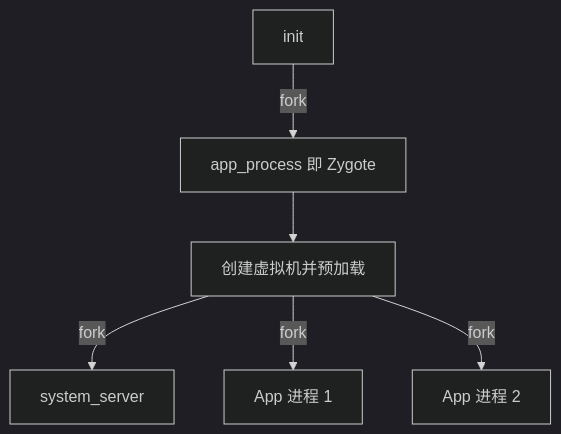
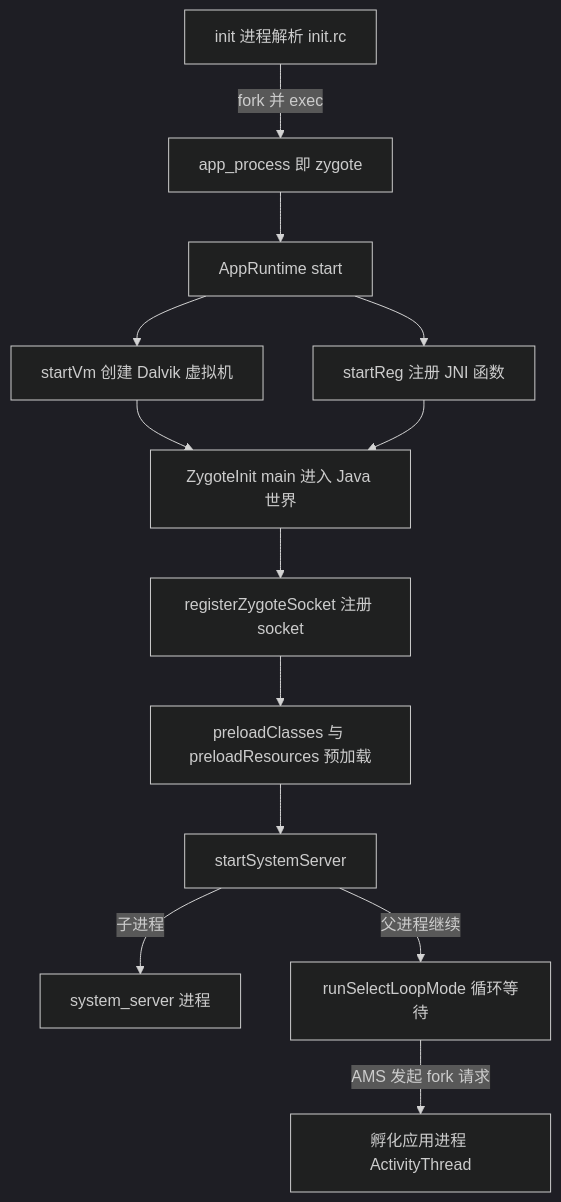
Before and after one commit to coswit/coswit.github.io: the diagram in Android/深入理解Android卷I/03-深入理解Zygote.md, drawn with Mermaid (dark theme). The commit also changed other lines of this file and 81 other files, not shown here.

````diff
--- a/Android/深入理解Android卷I/03-深入理解Zygote.md
+++ b/Android/深入理解Android卷I/03-深入理解Zygote.md
@@ -12,8 +15,15 @@
 ```mermaid
 graph TD
-    A[init] -->|fork| B[app_process 即 Zygote]
-    B --> C[创建虚拟机并预加载]
-    C -->|fork| D[system_server]
-    C -->|fork| E[App 进程 1]
-    C -->|fork| F[App 进程 2]
+    A[init 进程解析 init.rc] -->|fork 并 exec| B[app_process 即 zygote]
+    B --> C[AppRuntime start]
+    C --> D[startVm 创建 Dalvik 虚拟机]
+    C --> E[startReg 注册 JNI 函数]
+    D --> F[ZygoteInit main 进入 Java 世界]
+    E --> F
+    F --> G[registerZygoteSocket 注册 socket]
+    G --> H[preloadClasses 与 preloadResources 预加载]
+    H --> I[startSystemServer]
+    I -->|子进程| J[system_server 进程]
+    I -->|父进程继续| K[runSelectLoopMode 循环等待]
+    K -->|AMS 发起 fork 请求| L[孵化应用进程 ActivityThread]
 ```
````
